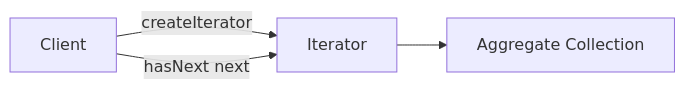
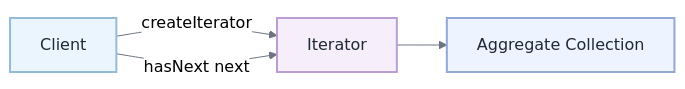
Before and after one commit to MishaSytch/middle_java_back: diagram 15 of 16 in docs/interview/design-patterns.md, drawn with Mermaid. The commit also changed other lines of this file and 15 other files, not shown here.

````diff
--- a/docs/interview/design-patterns.md
+++ b/docs/interview/design-patterns.md
@@ -292,6 +461,13 @@
 ```mermaid
+%%{init: { 'theme': 'neutral', 'themeVariables': { 'primaryColor': '#ffffff', 'primaryTextColor': '#1f2937', 'lineColor': '#6b7280', 'primaryBorderColor': '#d1d5db', 'secondaryColor': '#f3f4f6', 'tertiaryColor': '#e5e7eb' } } }%%
 flowchart LR
     C[Client] -->|createIterator| I[Iterator]
     C -->|hasNext next| I
     I --> A[Aggregate Collection]
+    classDef n0 fill:#eaf5fd,stroke:#94bcd8,stroke-width:2px,color:#1f2937
+    classDef n1 fill:#f6eefa,stroke:#bb9ed4,stroke-width:2px,color:#1f2937
+    classDef n2 fill:#eef4ff,stroke:#93a8d4,stroke-width:2px,color:#1f2937
+    class C n0
+    class I n1
+    class A n2
 ```
````
